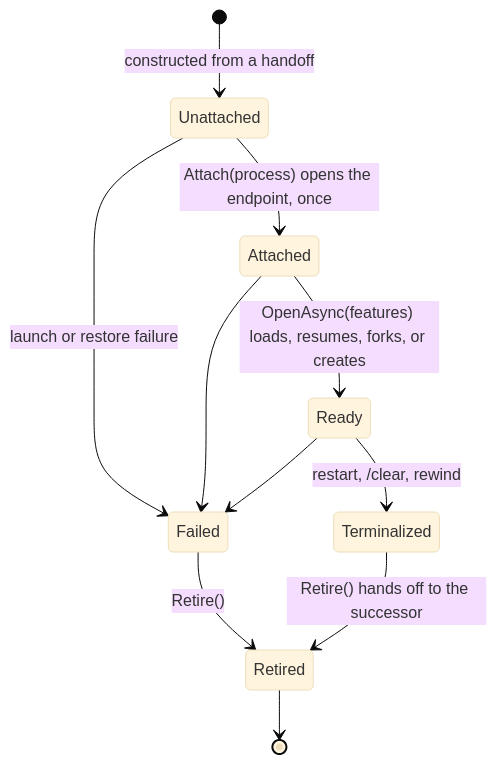
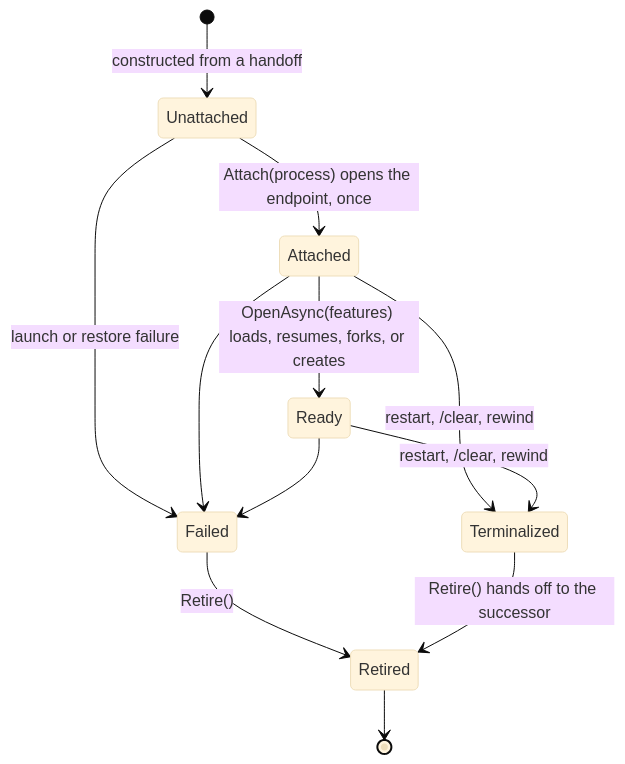
Before and after one commit to Kapps/weavie: the diagram in docs/concepts/acp-conversations.md, drawn with Mermaid (base theme). The commit also changed other lines of this file and 22 other files, not shown here.

First line of the commit message:
Replace ACP conversations on the live process for /clear and Rewind

````diff
--- a/docs/concepts/acp-conversations.md
+++ b/docs/concepts/acp-conversations.md
@@ -18,13 +18,14 @@
 ```mermaid
 stateDiagram-v2
     [*] --> Unattached: constructed from a handoff
     Unattached --> Attached: Attach(process) opens the endpoint, once
     Attached --> Ready: OpenAsync(features) loads, resumes, forks, or creates
     Unattached --> Failed: launch or restore failure
     Attached --> Failed
     Ready --> Failed
+    Attached --> Terminalized: restart, /clear, rewind
     Ready --> Terminalized: restart, /clear, rewind
     Failed --> Retired: Retire()
     Terminalized --> Retired: Retire() hands off to the successor
     Retired --> [*]
 ```
````
